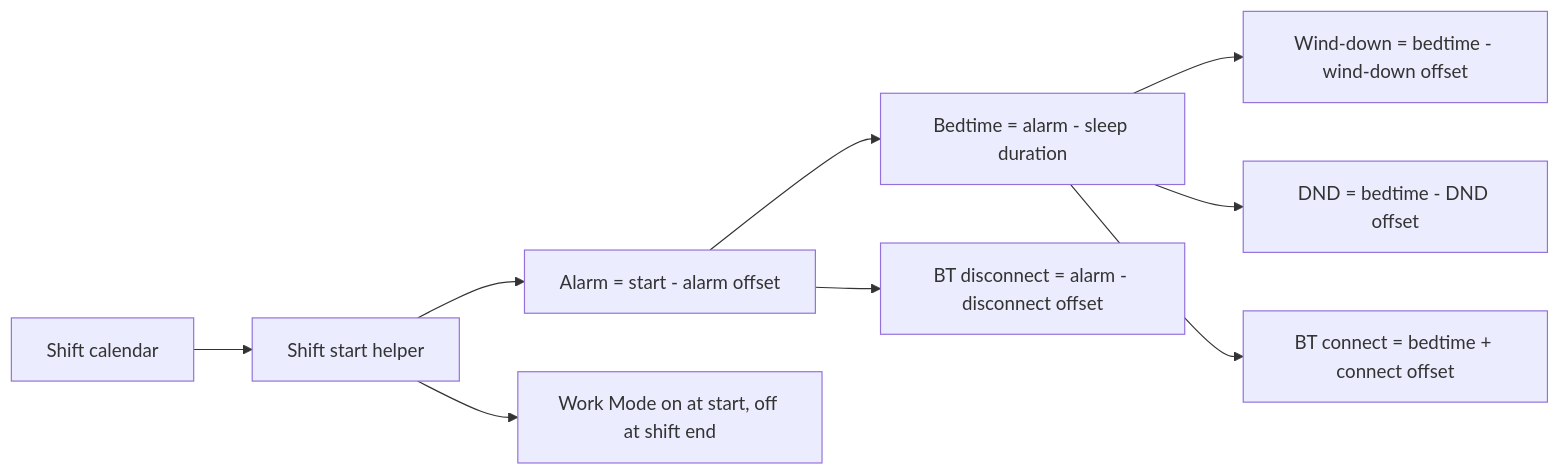
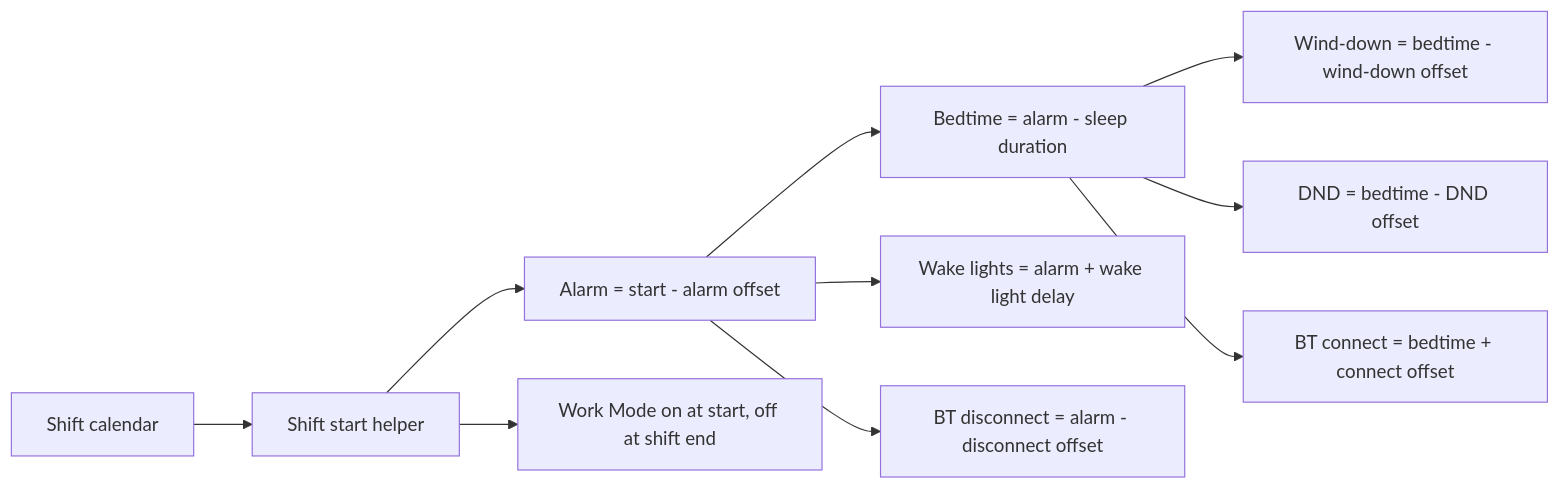
One commit to theniwo/homeassistant changed the first of 2 diagrams in README.md. Above: the diagram before and after it, drawn with Mermaid. The commit also changed other lines of this file and 4 other files, not shown here.

Commit message:
💡 feat(wake-lights): add configurable wake light delay

````diff
--- a/README.md
+++ b/README.md
@@ -39,11 +44,12 @@
 ```mermaid
 flowchart LR
     C[Shift calendar] --> S[Shift start helper]
     S --> A[Alarm = start - alarm offset]
     A --> B[Bedtime = alarm - sleep duration]
+    A --> L[Wake lights = alarm + wake light delay]
     B --> W[Wind-down = bedtime - wind-down offset]
     B --> D[DND = bedtime - DND offset]
     B --> BC[BT connect = bedtime + connect offset]
     A --> BD[BT disconnect = alarm - disconnect offset]
     S --> M[Work Mode on at start, off at shift end]
 ```
````
